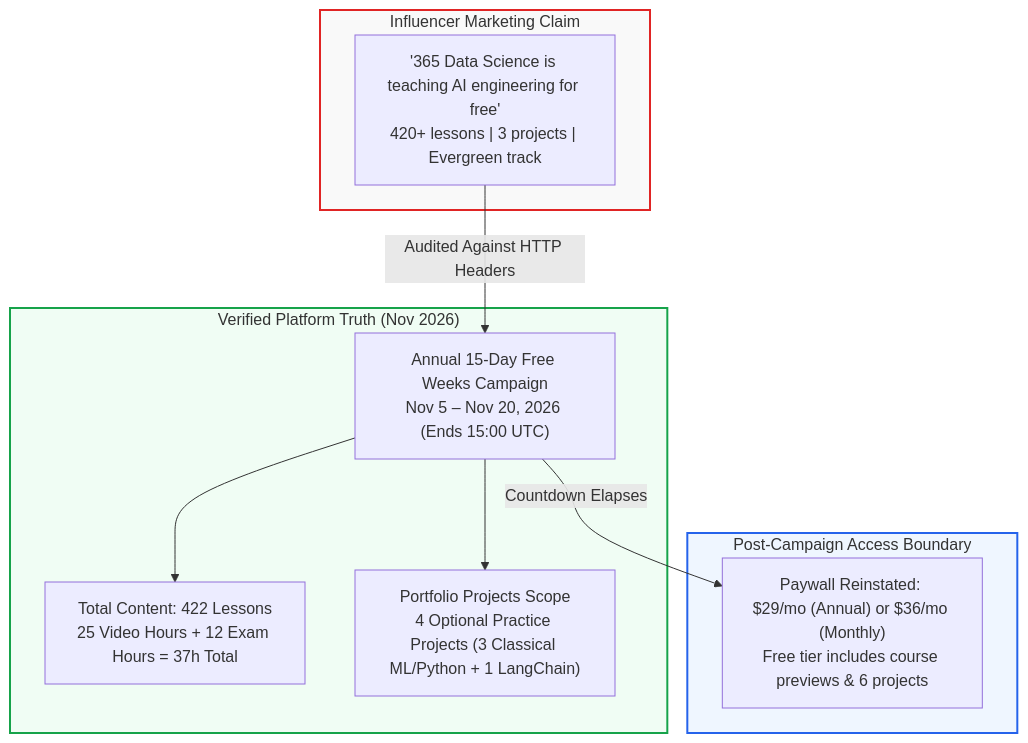
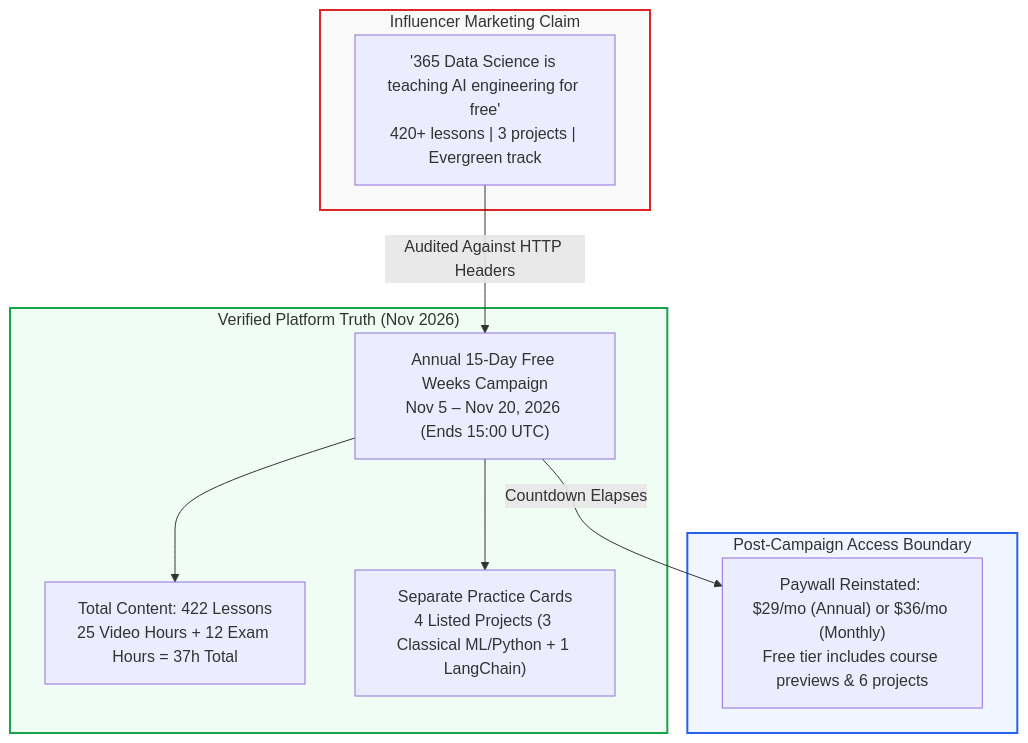
The first of 2 diagrams in _posts/2026-11-08-365-data-science-ai-agent-curriculum-audit.md (akillness/akillness.github.io), drawn with Mermaid before and after one commit. The commit also changed other lines of this file and 1 other file, not shown here.

````diff
--- a/_posts/2026-11-08-365-data-science-ai-agent-curriculum-audit.md
+++ b/_posts/2026-11-08-365-data-science-ai-agent-curriculum-audit.md
@@ -42,25 +45,25 @@
 ```mermaid
 flowchart TD
     subgraph LinkedInClaim ["Influencer Marketing Claim"]
         A["'365 Data Science is teaching AI engineering for free'<br/>420+ lessons | 3 projects | Evergreen track"]
     end
 
     subgraph TechnicalReality ["Verified Platform Truth (Nov 2026)"]
         B["Annual 15-Day Free Weeks Campaign<br/>Nov 5 – Nov 20, 2026 (Ends 15:00 UTC)"]
         C["Total Content: 422 Lessons<br/>25 Video Hours + 12 Exam Hours = 37h Total"]
-        D["Portfolio Projects Scope<br/>4 Optional Practice Projects (3 Classical ML/Python + 1 LangChain)"]
+        D["Separate Practice Cards<br/>4 Listed Projects (3 Classical ML/Python + 1 LangChain)"]
     end
 
     subgraph PostWindow ["Post-Campaign Access Boundary"]
         E["Paywall Reinstated: $29/mo (Annual) or $36/mo (Monthly)<br/>Free tier includes course previews & 6 projects"]
     end
 
     A -->|Audited Against HTTP Headers| B
     B --> C
     B --> D
     B -->|Countdown Elapses| E
 
     style LinkedInClaim fill:#f9f9f9,stroke:#e02424,stroke-width:2px
     style TechnicalReality fill:#f0fdf4,stroke:#16a34a,stroke-width:2px
     style PostWindow fill:#eff6ff,stroke:#2563eb,stroke-width:2px
 ```
````
